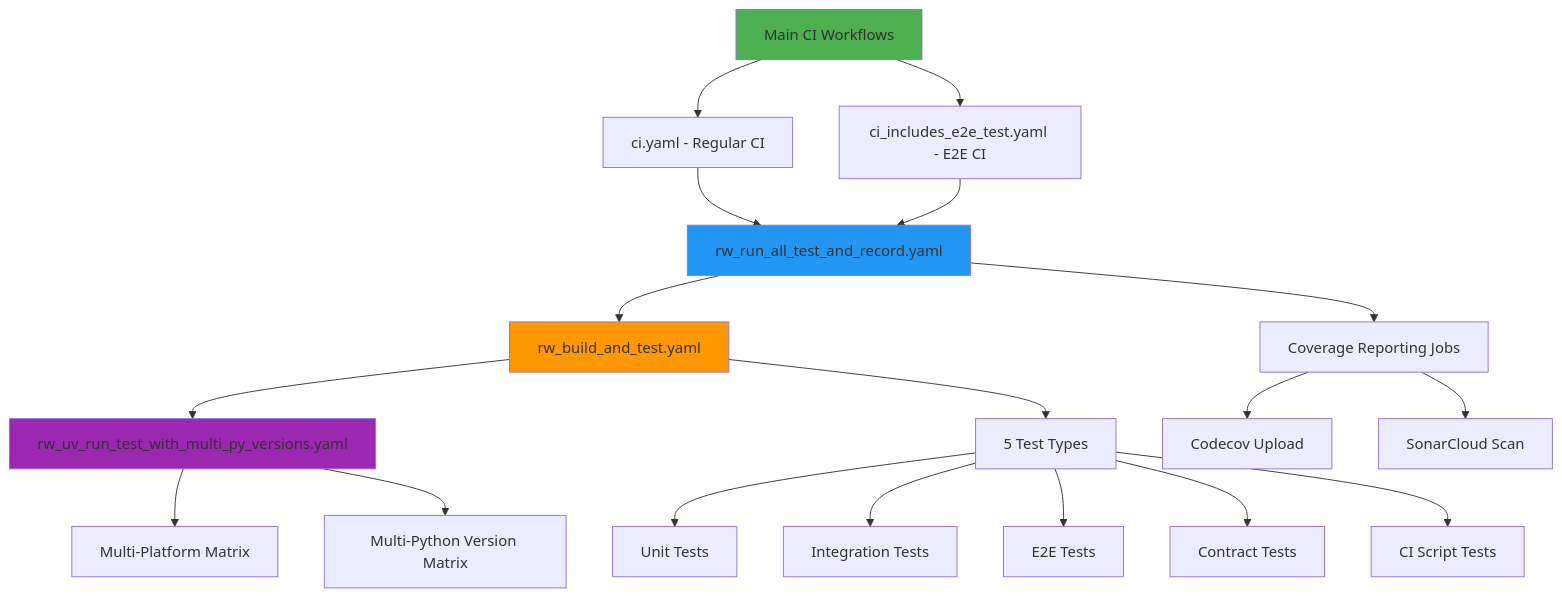
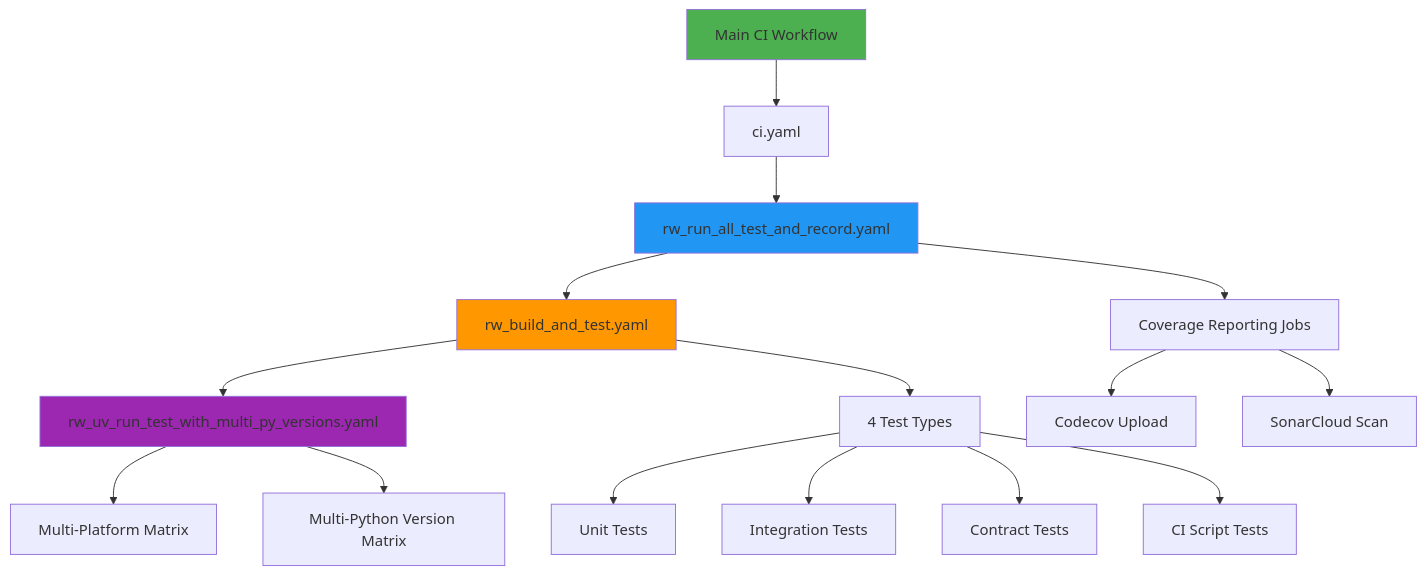
Before and after one commit to Chisanan232/MCP-BackEnd-Message-Queue-Redis: the diagram in docs/contents/development/ci-cd/continuous-integration.mdx, drawn with Mermaid. The commit also changed other lines of this file and 2 other files, not shown here.

Commit message:
🚮 Remove the end-to-end tests in the CI workflow and its info in the document.

````diff
--- a/docs/contents/development/ci-cd/continuous-integration.mdx
+++ b/docs/contents/development/ci-cd/continuous-integration.mdx
@@ -26,31 +25,28 @@
 ```mermaid
 graph TD
-    A[Main CI Workflows] --> B[ci.yaml - Regular CI]
-    A --> C[ci_includes_e2e_test.yaml - E2E CI]
+    A[Main CI Workflow] --> B[ci.yaml]
     
-    B --> D[rw_run_all_test_and_record.yaml]
-    C --> D
+    B --> C[rw_run_all_test_and_record.yaml]
     
-    D --> E[rw_build_and_test.yaml]
-    D --> F[Coverage Reporting Jobs]
+    C --> D[rw_build_and_test.yaml]
+    C --> E[Coverage Reporting Jobs]
     
-    E --> G[rw_uv_run_test_with_multi_py_versions.yaml]
-    E --> H[5 Test Types]
+    D --> F[rw_uv_run_test_with_multi_py_versions.yaml]
+    D --> G[4 Test Types]
     
-    G --> I[Multi-Platform Matrix]
-    G --> J[Multi-Python Version Matrix]
+    F --> H[Multi-Platform Matrix]
+    F --> I[Multi-Python Version Matrix]
     
-    H --> K[Unit Tests]
-    H --> L[Integration Tests] 
-    H --> M[E2E Tests]
-    H --> N[Contract Tests]
-    H --> O[CI Script Tests]
+    G --> J[Unit Tests]
+    G --> K[Integration Tests]
+    G --> L[Contract Tests]
+    G --> M[CI Script Tests]
     
-    F --> P[Codecov Upload]
-    F --> Q[SonarCloud Scan]
+    E --> N[Codecov Upload]
+    E --> O[SonarCloud Scan]
     
     style A fill:#4CAF50
-    style D fill:#2196F3
-    style E fill:#FF9800
-    style G fill:#9C27B0
+    style C fill:#2196F3
+    style D fill:#FF9800
+    style F fill:#9C27B0
 ```
````
